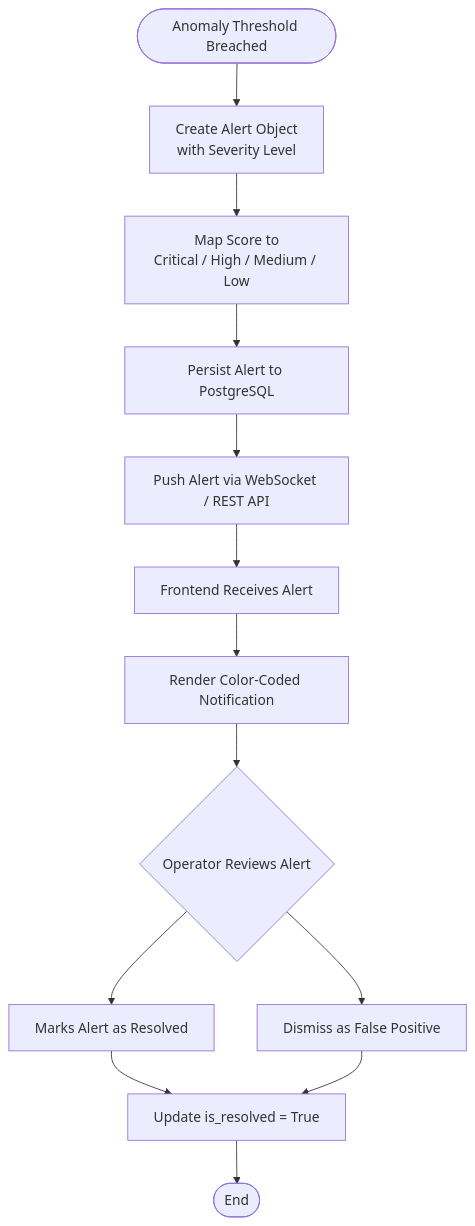
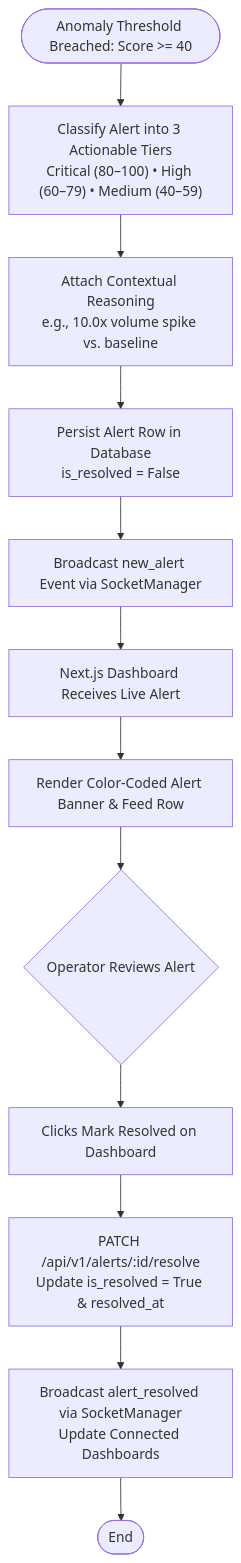
Before and after one commit to sheikhrehanseo/ValiGuard-Project-Main: diagram 13 of 23 in ValiGuard_Docs/ValiGuard_AI_Phase_1_Documentation.md, drawn with Mermaid. The commit also changed other lines of this file and 16 other files, not shown here.

````diff
--- a/ValiGuard_Docs/ValiGuard_AI_Phase_1_Documentation.md
+++ b/ValiGuard_Docs/ValiGuard_AI_Phase_1_Documentation.md
@@ -955,43 +1003,40 @@
 ```mermaid
+
 flowchart TD
 
-Start([Anomaly Threshold Breached])
+Start(["Anomaly Threshold Breached: Score >= 40"])
 
-A[Create Alert Object<br/>with Severity Level]
+A["Classify Alert into 3 Actionable Tiers<br/>Critical (80–100) • High (60–79) • Medium (40–59)"]
 
-B[Map Score to<br/>Critical / High / Medium / Low]
+B["Attach Contextual Reasoning<br/>e.g., 10.0x volume spike vs. baseline"]
 
-C[Persist Alert to PostgreSQL]
+C["Persist Alert Row in Database<br/>is_resolved = False"]
 
-D[Push Alert via WebSocket / REST API]
+D["Broadcast new_alert Event via SocketManager"]
 
-E[Frontend Receives Alert]
+E["Next.js Dashboard Receives Live Alert"]
 
-F[Render Color-Coded Notification]
+F["Render Color-Coded Alert Banner & Feed Row"]
 
-G{Operator Reviews Alert}
+G{"Operator Reviews Alert"}
 
-H[Marks Alert as Resolved]
+H["Clicks Mark Resolved on Dashboard"]
 
-I[Dismiss as False Positive]
+I["PATCH /api/v1/alerts/:id/resolve<br/>Update is_resolved = True & resolved_at"]
 
-J[Update is_resolved = True]
+J["Broadcast alert_resolved via SocketManager<br/>Update Connected Dashboards"]
 
-End([End])
+End(["End"])
 
 Start --> A
 A --> B
 B --> C
 C --> D
 D --> E
 E --> F
 F --> G
-
 G --> H
-G --> I
-
-H --> J
+H --> I
 I --> J
-
 J --> End
 ```
````
